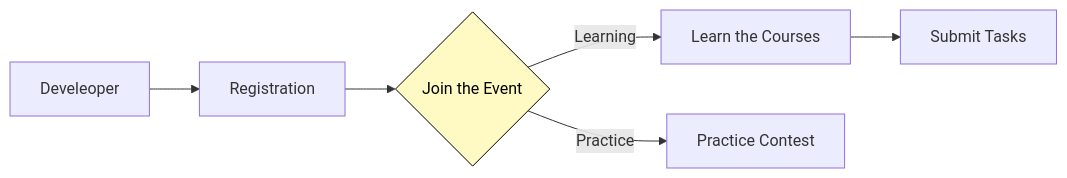
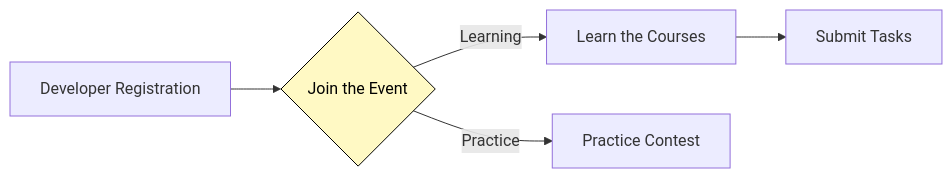
Before and after one commit to zyprexh/Arweave-Academy: the diagram in README.md, drawn with Mermaid. The commit also changed other lines of this file, not shown here.

````diff
--- a/README.md
+++ b/README.md
@@ -31,23 +31,23 @@
 ```mermaid
 flowchart LR
-    A[Develeoper] --> B[Registration]
-    B --> C{Join the Event}
+    
+    B[Developer Registration] --> C{Join the Event}
     
     C -->| Learning | D[Learn the Courses] --> E[Submit Tasks]
     C -->| Practice | F[Practice Contest]
 
     B:::clickableLink
       class B clickableLink;
       click B "https://github.com/ArweaveOasis/Arweave-Academy#registration" "Go to Registration Step"
 
     D:::clickableLink
       class D clickableLink;
       click D "https://github.com/ArweaveOasis/Arweave-Academy#course-guideline" "Go to Course Guideline Step"
     
     E:::clickableLink
       class E clickableLink;
       click E "https://github.com/ArweaveOasis/Arweave-Academy#task-submission" "Go to Course Guideline Step"
 
     style C fill:#FFF9C4,color:#000000,stroke:#000000
 
 ```
````
